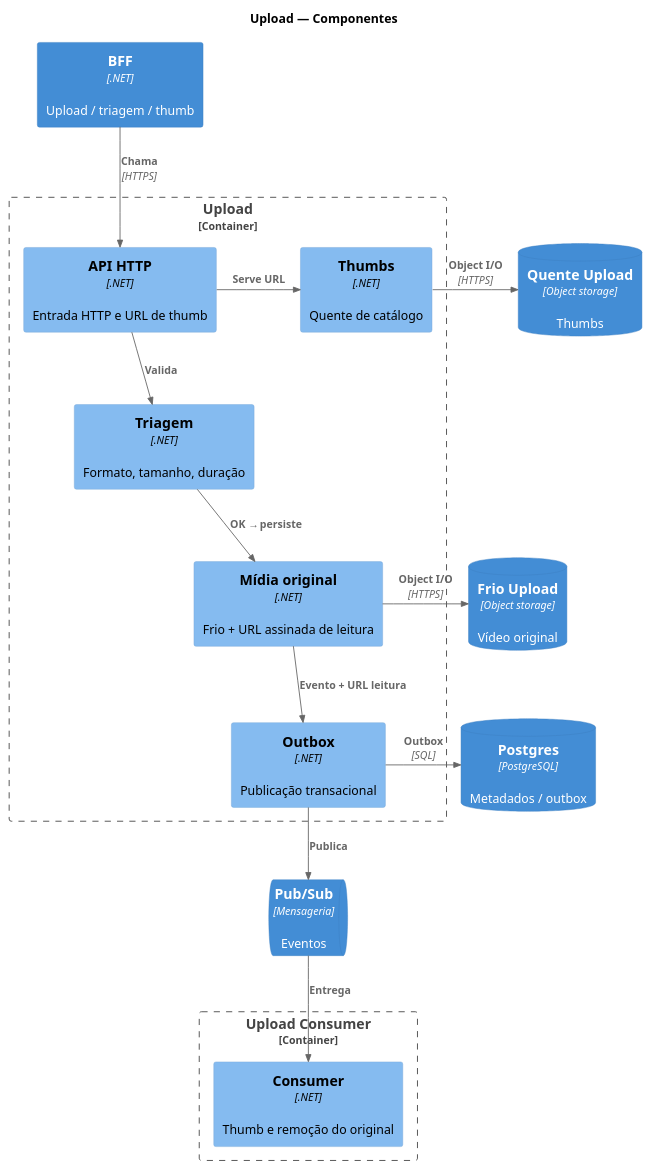
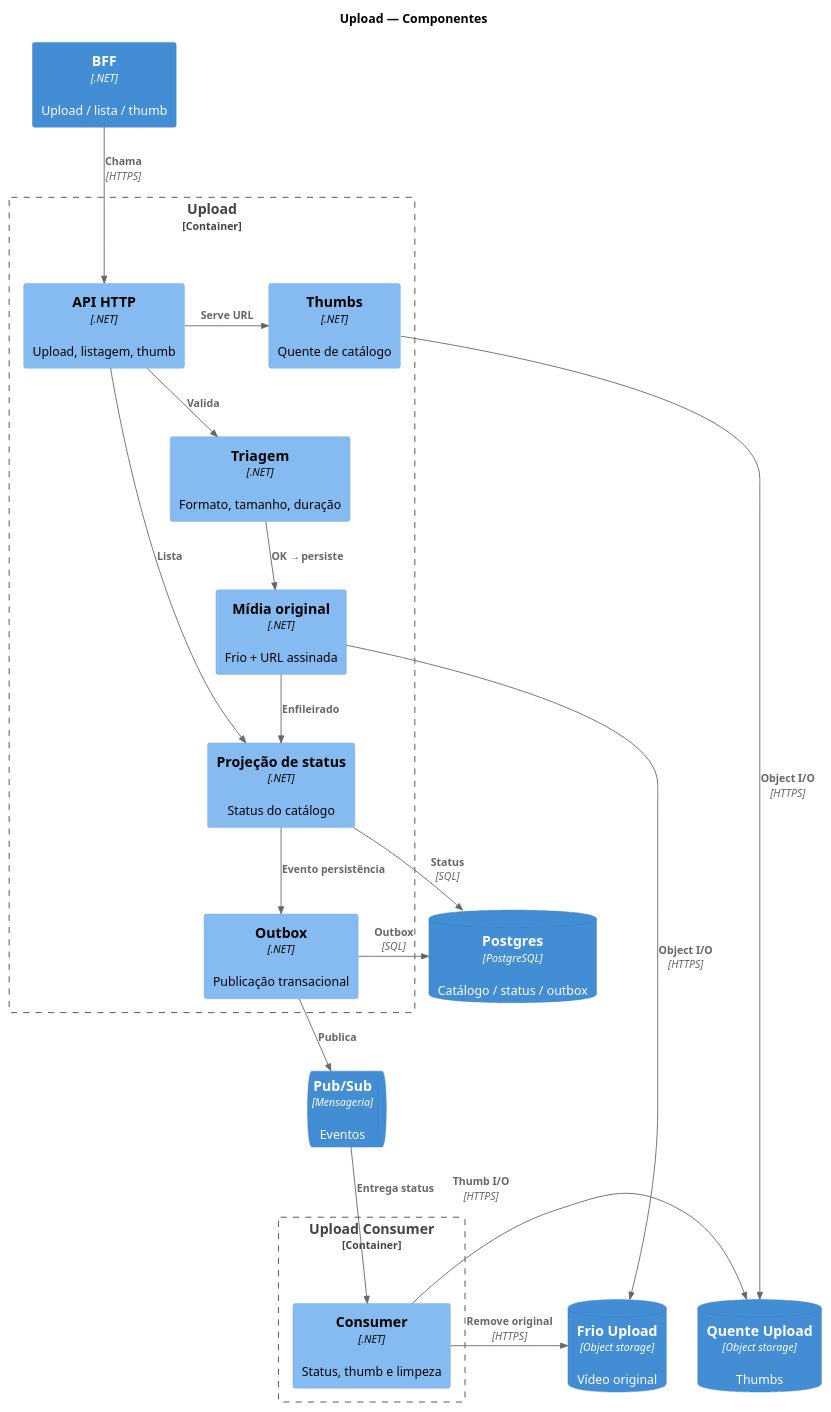
One commit to fiap-x-vcosta/docs changed the diagram in arquitetura/06_componentes-upload.puml. Above: the diagram before and after it, drawn with PlantUML. The commit also changed 26 other files, not shown here.

Commit message:
docs: status de processamento unificado; Upload como projeção da listagem

```diff
--- a/arquitetura/06_componentes-upload.puml
+++ b/arquitetura/06_componentes-upload.puml
@@ -1,41 +1,47 @@
 @startuml 06_componentes-upload
 !include https://raw.githubusercontent.com/plantuml-stdlib/C4-PlantUML/master/C4_Component.puml
 
 LAYOUT_TOP_DOWN()
 HIDE_STEREOTYPE()
 
 title Upload — Componentes
 
-Container(bff, "BFF", ".NET", "Upload / triagem / thumb")
+Container(bff, "BFF", ".NET", "Upload / lista / thumb")
 
 Container_Boundary(uploadApi, "Upload") {
-  Component(api, "API HTTP", ".NET", "Entrada HTTP e URL de thumb")
+  Component(api, "API HTTP", ".NET", "Upload, listagem, thumb")
   Component(triagem, "Triagem", ".NET", "Formato, tamanho, duração")
-  Component(midia, "Mídia original", ".NET", "Frio + URL assinada de leitura")
+  Component(midia, "Mídia original", ".NET", "Frio + URL assinada")
+  Component(statusProj, "Projeção de status", ".NET", "Status do catálogo")
   Component(outbox, "Outbox", ".NET", "Publicação transacional")
   Component(thumbs, "Thumbs", ".NET", "Quente de catálogo")
 }
 
 ContainerQueue(pubsub, "Pub/Sub", "Mensageria", "Eventos")
 
 Container_Boundary(uploadConsumer, "Upload Consumer") {
-  Component(consumer, "Consumer", ".NET", "Thumb e remoção do original")
+  Component(consumer, "Consumer", ".NET", "Status, thumb e limpeza")
 }
 
-ContainerDb(pg, "Postgres", "PostgreSQL", "Metadados / outbox")
+ContainerDb(pg, "Postgres", "PostgreSQL", "Catálogo / status / outbox")
 ContainerDb(frio, "Frio Upload", "Object storage", "Vídeo original")
 ContainerDb(quente, "Quente Upload", "Object storage", "Thumbs")
 
 Rel_D(bff, api, "Chama", "HTTPS")
 Rel_D(api, triagem, "Valida")
 Rel_D(triagem, midia, "OK → persiste")
-Rel_D(midia, outbox, "Evento + URL leitura")
+Rel_D(midia, statusProj, "Enfileirado")
+Rel_D(statusProj, outbox, "Evento persistência")
 Rel_D(outbox, pubsub, "Publica")
-Rel_D(pubsub, consumer, "Entrega")
+Rel_D(pubsub, consumer, "Entrega status")
 
 Rel_R(api, thumbs, "Serve URL")
+Rel_R(api, statusProj, "Lista")
+Rel_R(midia, frio, "Object I/O", "HTTPS")
 Rel_R(thumbs, quente, "Object I/O", "HTTPS")
-Rel_R(midia, frio, "Object I/O", "HTTPS")
 Rel_R(outbox, pg, "Outbox", "SQL")
+Rel_R(statusProj, pg, "Status", "SQL")
+Rel_R(consumer, frio, "Remove original", "HTTPS")
+Rel_R(consumer, quente, "Thumb I/O", "HTTPS")
 
 @enduml
```
